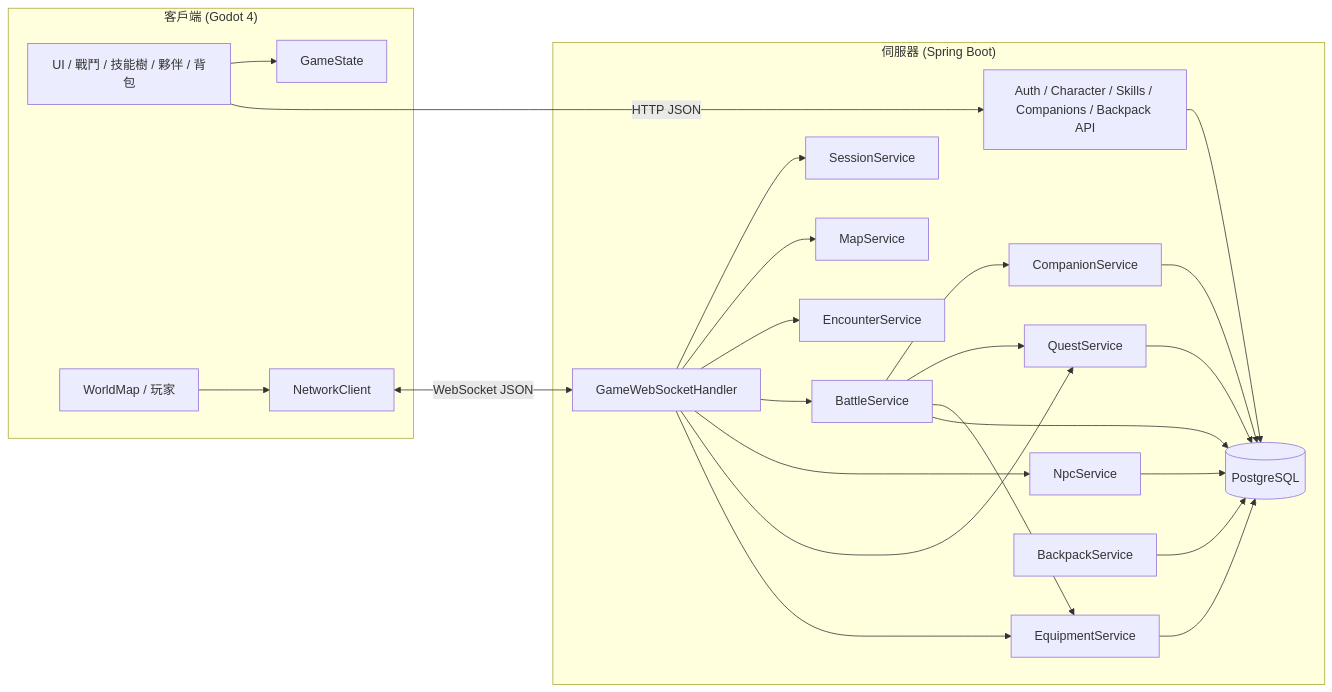
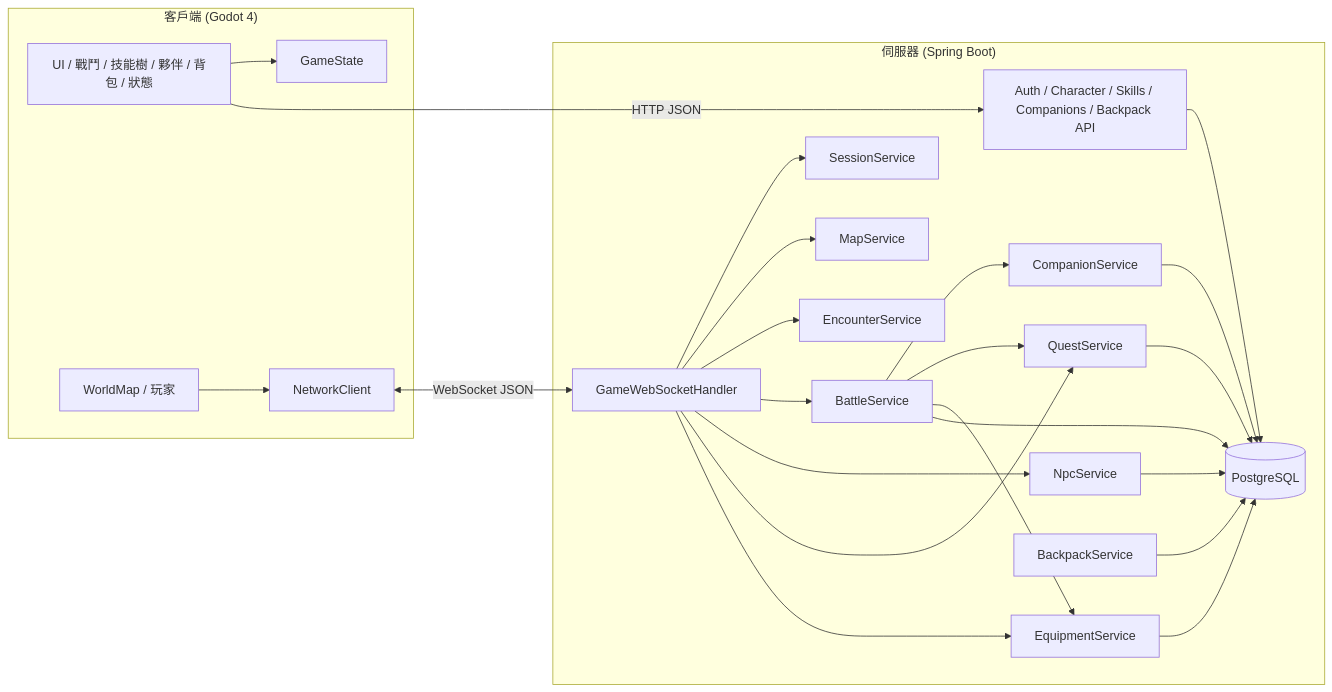
Before and after one commit to cliffjusttest/DeJaBu: the diagram in README.md, drawn with Mermaid. The commit also changed other lines of this file and 6 other files, not shown here.

````diff
--- a/README.md
+++ b/README.md
@@ -7,46 +7,46 @@
 ```mermaid
 flowchart LR
     subgraph Client["客戶端 (Godot 4)"]
-        UI[UI / 戰鬥 / 技能樹 / 夥伴 / 背包]
+        UI[UI / 戰鬥 / 技能樹 / 夥伴 / 背包 / 狀態]
         World[WorldMap / 玩家]
         Net[NetworkClient]
         State[GameState]
     end
 
     subgraph Server["伺服器 (Spring Boot)"]
         REST[Auth / Character / Skills / Companions / Backpack API]
         WS[GameWebSocketHandler]
         Session[SessionService]
         Battle[BattleService]
         Map[MapService]
         Encounter[EncounterService]
         Companion[CompanionService]
         NPC[NpcService]
         Quest[QuestService]
         Equipment[EquipmentService]
         Backpack[BackpackService]
         DB[(PostgreSQL)]
     end
 
     UI --> State
     World --> Net
     UI -->|HTTP JSON| REST
     Net <-->|WebSocket JSON| WS
     REST --> DB
     WS --> Session
     WS --> Map
     WS --> Encounter
     WS --> Battle
     WS --> NPC
     WS --> Quest
     WS --> Equipment
     Battle --> Companion
     Battle --> Quest
     Battle --> Equipment
     Battle --> DB
     Companion --> DB
     NPC --> DB
     Quest --> DB
     Equipment --> DB
     Backpack --> DB
 ```
````
